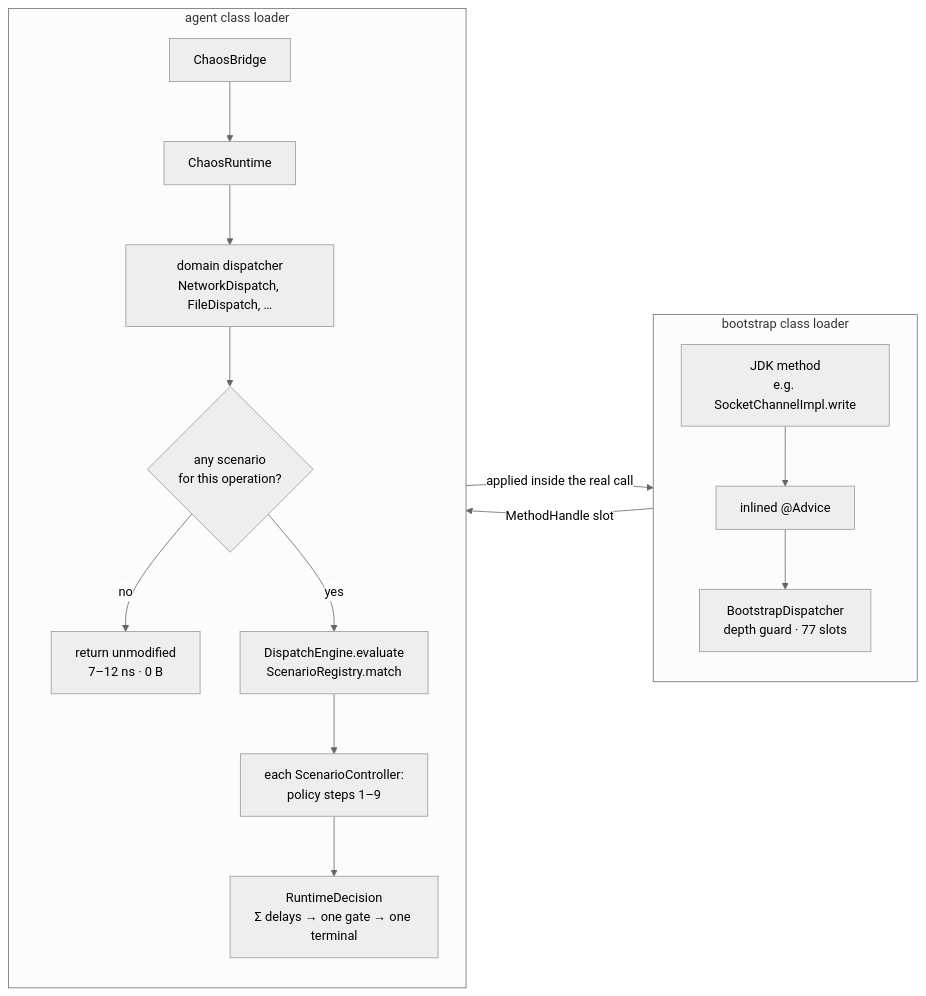
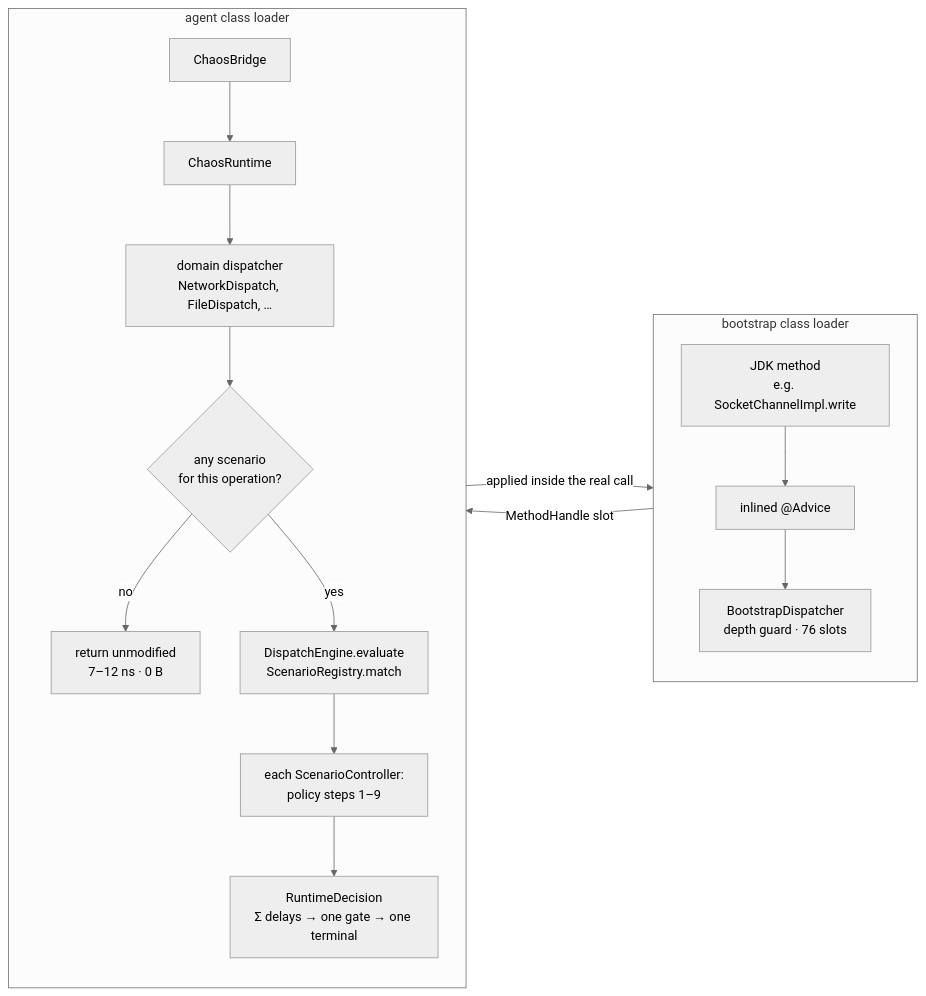
One commit to macstab/macstab-chaos-jvm-agent changed the diagram in README.md. Above: the diagram before and after it, drawn with Mermaid (neutral theme). The commit also changed 17 other files, not shown here.

````diff
--- a/README.md
+++ b/README.md
@@ -172,20 +172,20 @@
 ```mermaid
 flowchart LR
   subgraph boot["bootstrap class loader"]
     direction TB
     JDK["JDK method<br/>e.g. SocketChannelImpl.write"] --> ADV["inlined @Advice"]
-    ADV --> BD["BootstrapDispatcher<br/>depth guard · 77 slots"]
+    ADV --> BD["BootstrapDispatcher<br/>depth guard · 76 slots"]
   end
   subgraph agent["agent class loader"]
     direction TB
     BR["ChaosBridge"] --> RT["ChaosRuntime"]
     RT --> DOM["domain dispatcher<br/>NetworkDispatch, FileDispatch, …"]
     DOM --> IDLE{"any scenario<br/>for this operation?"}
     IDLE -- no --> PASS["return unmodified<br/>7–12 ns · 0 B"]
     IDLE -- yes --> ENG["DispatchEngine.evaluate<br/>ScenarioRegistry.match"]
     ENG --> POL["each ScenarioController:<br/>policy steps 1–9"]
     POL --> DEC["RuntimeDecision<br/>Σ delays → one gate → one terminal"]
   end
   BD -- "MethodHandle slot" --> BR
   DEC -- "applied inside the real call" --> JDK
 ```
````
